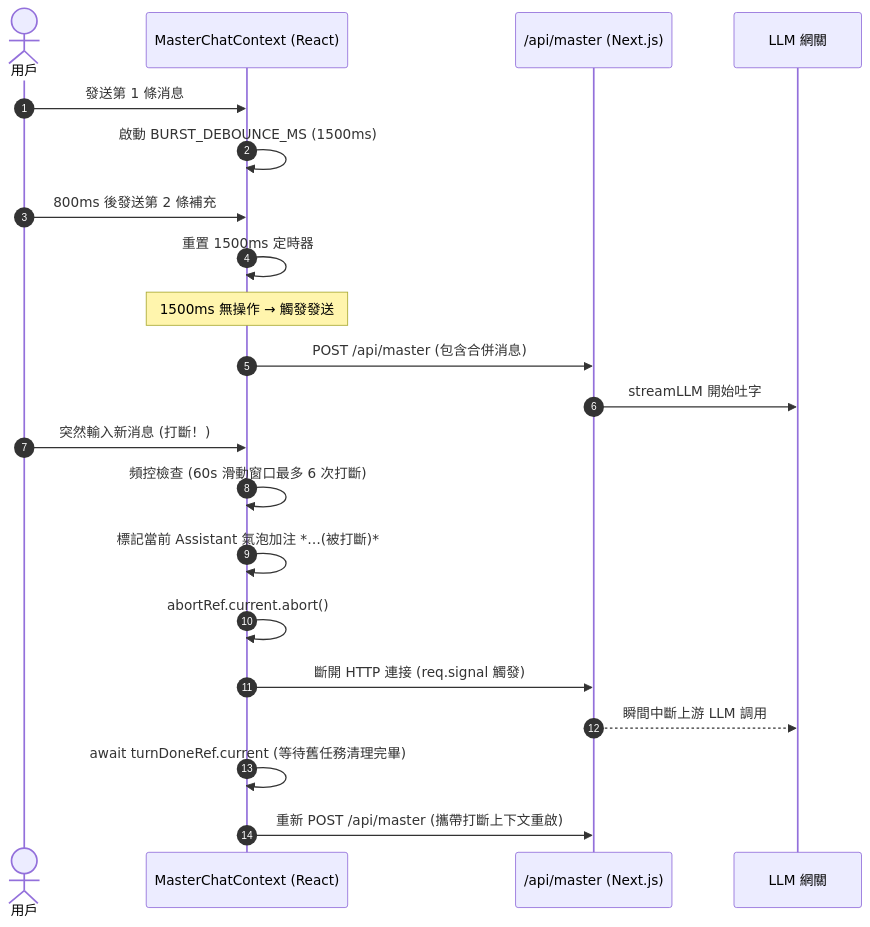
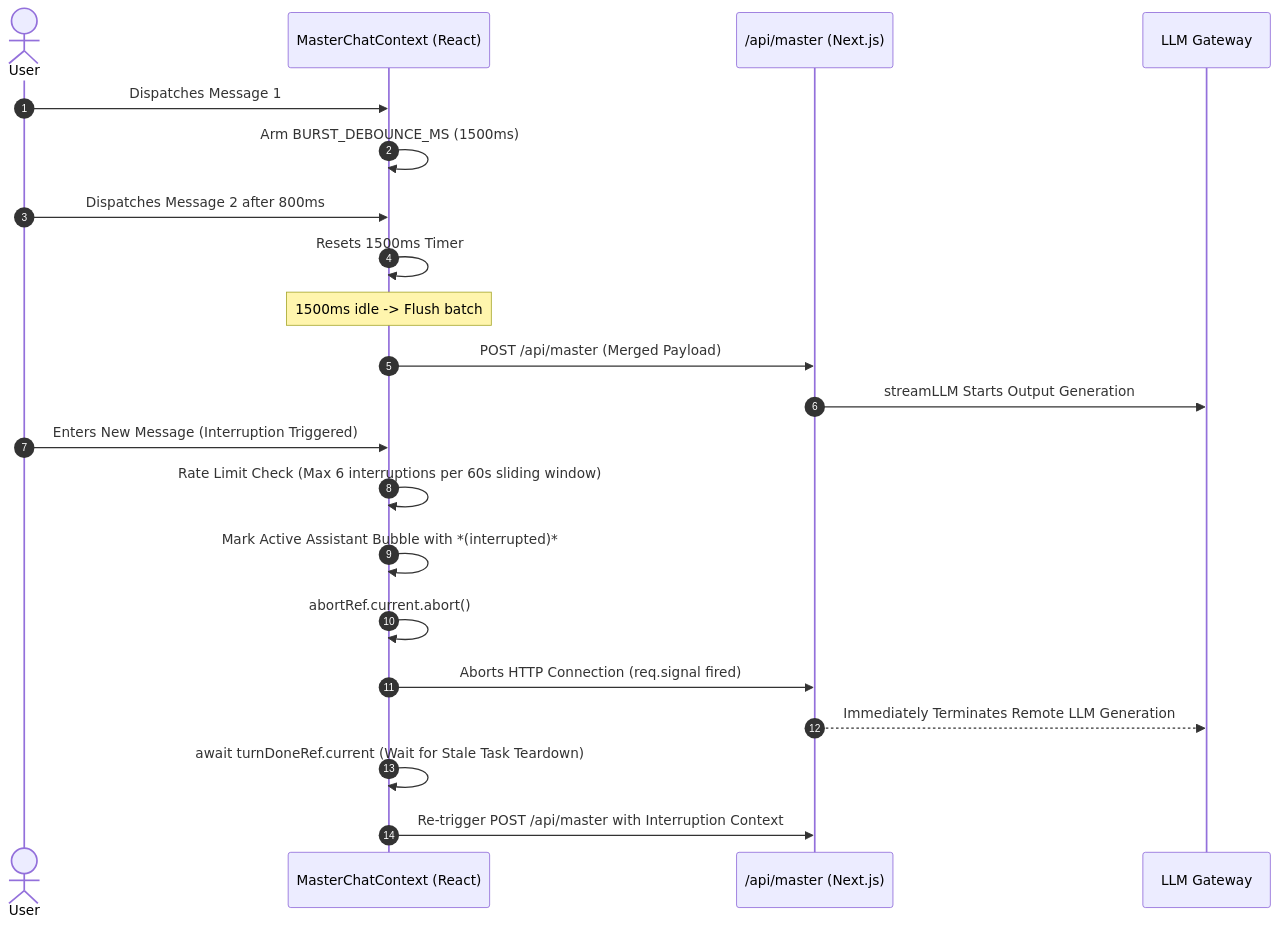
The second of 2 diagrams in docs/architecture/master-interaction-features.md (cocWorkshop/chinese-divination), drawn with Mermaid before and after one commit. The commit also changed other lines of this file and 29 other files, not shown here.

````diff
--- a/docs/architecture/master-interaction-features.md
+++ b/docs/architecture/master-interaction-features.md
@@ -68,25 +68,25 @@
 ```mermaid
 sequenceDiagram
     autonumber
-    actor User as 用戶
+    actor User as User
     participant UI as MasterChatContext (React)
     participant Engine as /api/master (Next.js)
-    participant LLM as LLM 網關
+    participant LLM as LLM Gateway
 
-    User->>UI: 發送第 1 條消息
-    UI->>UI: 啟動 BURST_DEBOUNCE_MS (1500ms)
-    User->>UI: 800ms 後發送第 2 條補充
-    UI->>UI: 重置 1500ms 定時器
-    Note over UI: 1500ms 無操作 → 觸發發送
-    UI->>Engine: POST /api/master (包含合併消息)
-    Engine->>LLM: streamLLM 開始吐字
+    User->>UI: Dispatches Message 1
+    UI->>UI: Arm BURST_DEBOUNCE_MS (1500ms)
+    User->>UI: Dispatches Message 2 after 800ms
+    UI->>UI: Resets 1500ms Timer
+    Note over UI: 1500ms idle -> Flush batch
+    UI->>Engine: POST /api/master (Merged Payload)
+    Engine->>LLM: streamLLM Starts Output Generation
     
-    User->>UI: 突然輸入新消息 (打斷！)
-    UI->>UI: 頻控檢查 (60s 滑動窗口最多 6 次打斷)
-    UI->>UI: 標記當前 Assistant 氣泡加注 *…(被打斷)*
+    User->>UI: Enters New Message (Interruption Triggered)
+    UI->>UI: Rate Limit Check (Max 6 interruptions per 60s sliding window)
+    UI->>UI: Mark Active Assistant Bubble with *(interrupted)*
     UI->>UI: abortRef.current.abort()
-    UI->>Engine: 斷開 HTTP 連接 (req.signal 觸發)
-    Engine-->>LLM: 瞬間中斷上游 LLM 調用
-    UI->>UI: await turnDoneRef.current (等待舊任務清理完畢)
-    UI->>Engine: 重新 POST /api/master (攜帶打斷上下文重啟)
+    UI->>Engine: Aborts HTTP Connection (req.signal fired)
+    Engine-->>LLM: Immediately Terminates Remote LLM Generation
+    UI->>UI: await turnDoneRef.current (Wait for Stale Task Teardown)
+    UI->>Engine: Re-trigger POST /api/master with Interruption Context
 ```
````
